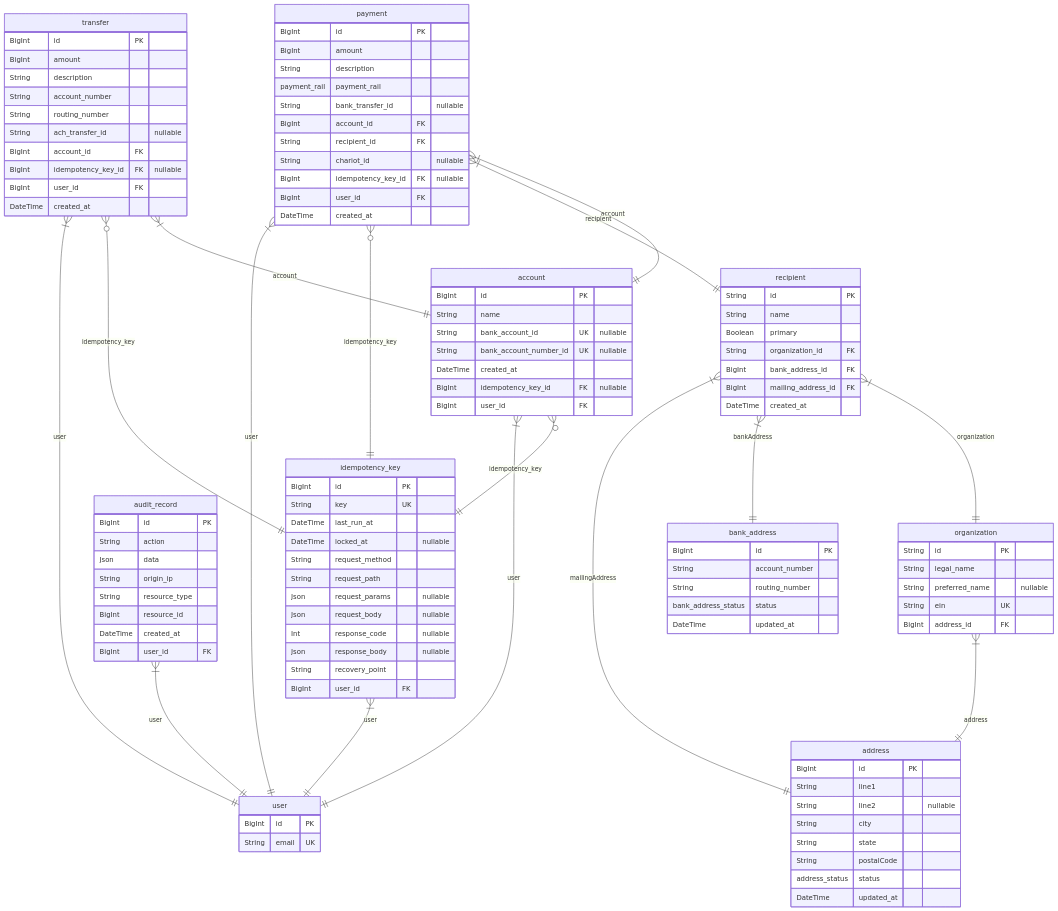
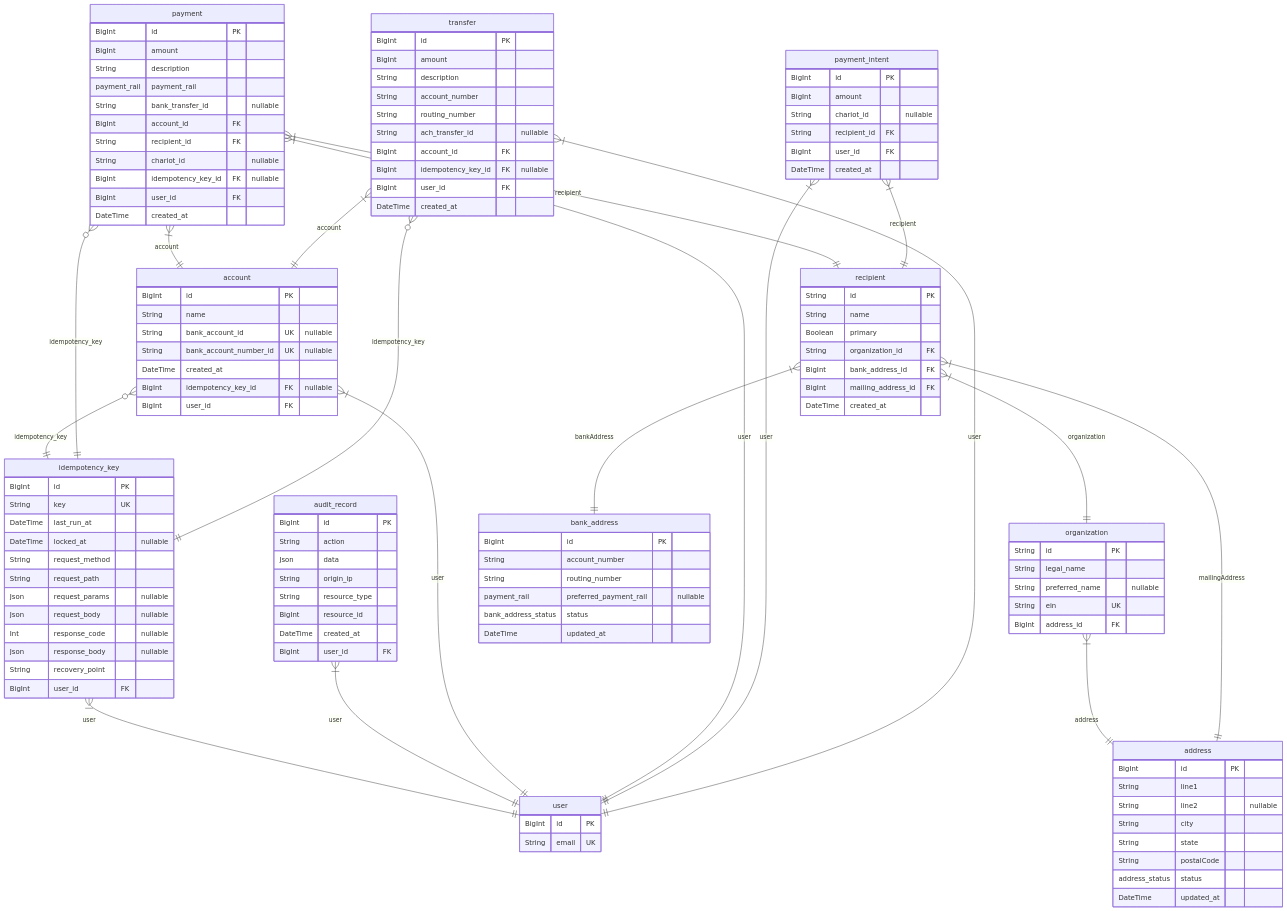
The diagram in prisma/ERD.md (chariot-giving/agapay), drawn with Mermaid before and after one commit. The commit also changed other lines of this file and 3 other files, not shown here.

```diff
--- a/prisma/ERD.md
+++ b/prisma/ERD.md
@@ -72,6 +72,14 @@
     BigInt user_id FK
     DateTime created_at
 }
+"payment_intent" {
+    BigInt id PK
+    BigInt amount
+    String chariot_id "nullable"
+    String recipient_id FK
+    BigInt user_id FK
+    DateTime created_at
+}
 "transfer" {
     BigInt id PK
     BigInt amount
@@ -98,6 +106,7 @@
     BigInt id PK
     String account_number
     String routing_number
+    payment_rail preferred_payment_rail "nullable"
     bank_address_status status
     DateTime updated_at
 }
@@ -113,6 +122,8 @@
 "payment" }|--|| "recipient" : recipient
 "payment" }o--|| "idempotency_key" : idempotency_key
 "payment" }|--|| "user" : user
+"payment_intent" }|--|| "recipient" : recipient
+"payment_intent" }|--|| "user" : user
 "transfer" }|--|| "account" : account
 "transfer" }o--|| "idempotency_key" : idempotency_key
 "transfer" }|--|| "user" : user
```
